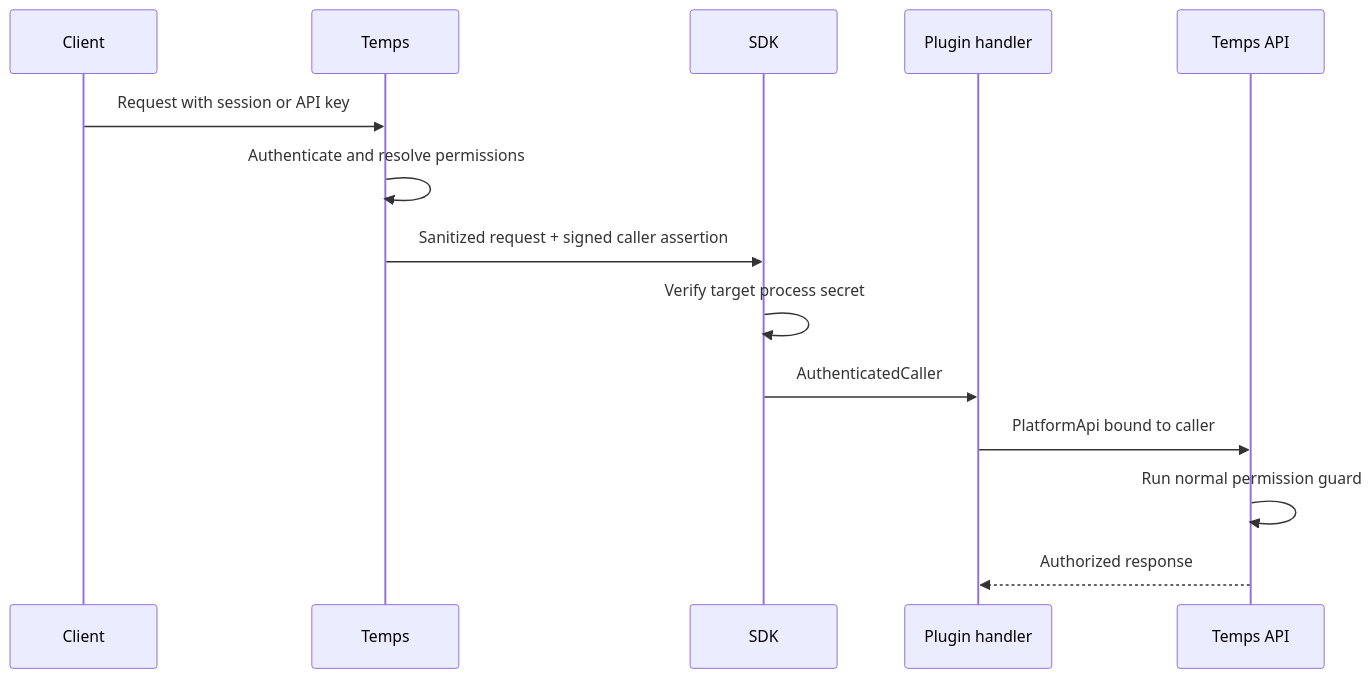
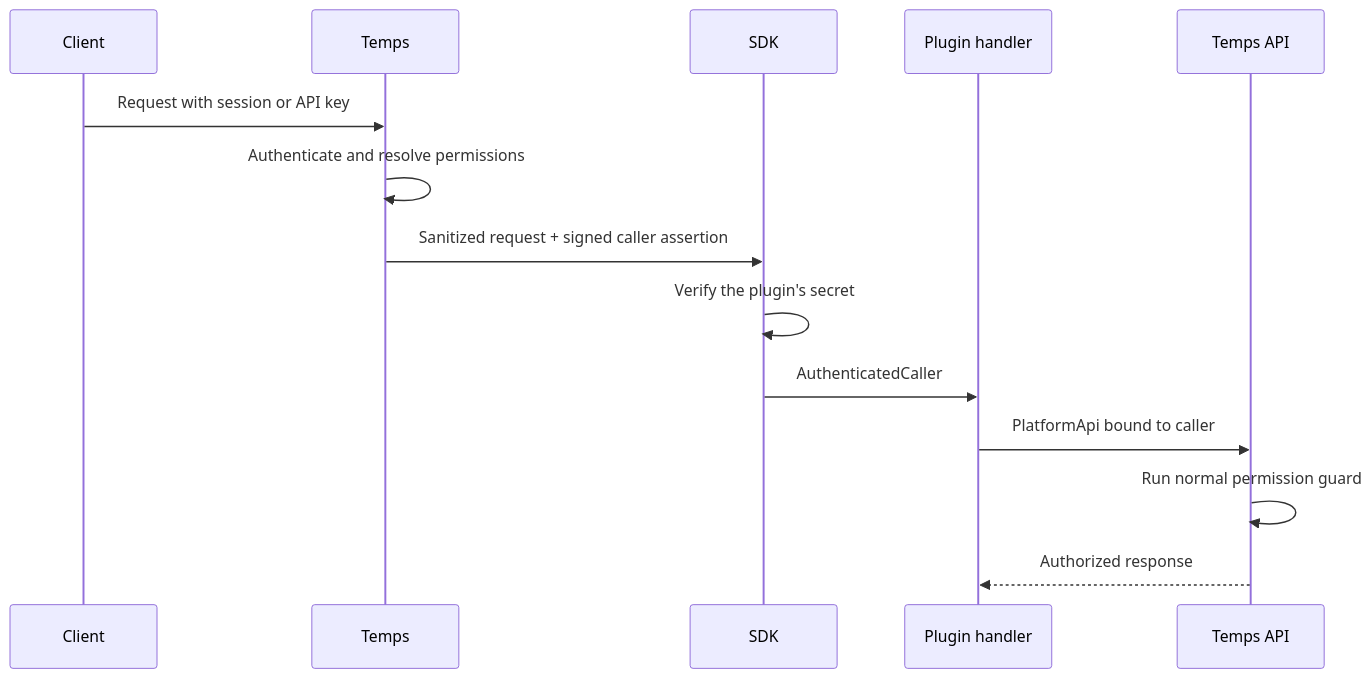
Before and after one commit to gotempsh/temps: the diagram in docs/reference/external-plugin-sdk/page.mdx, drawn with Mermaid. The commit also changed other lines of this file and 99 other files, not shown here.

````diff
--- a/docs/reference/external-plugin-sdk/page.mdx
+++ b/docs/reference/external-plugin-sdk/page.mdx
@@ -73,17 +68,17 @@
 ```mermaid
 sequenceDiagram
     participant Client
     participant Temps
     participant SDK
     participant Handler as Plugin handler
     participant API as Temps API
 
     Client->>Temps: Request with session or API key
     Temps->>Temps: Authenticate and resolve permissions
     Temps->>SDK: Sanitized request + signed caller assertion
-    SDK->>SDK: Verify target process secret
+    SDK->>SDK: Verify the plugin's secret
     SDK->>Handler: AuthenticatedCaller
     Handler->>API: PlatformApi bound to caller
     API->>API: Run normal permission guard
     API-->>Handler: Authorized response
 ```
````
